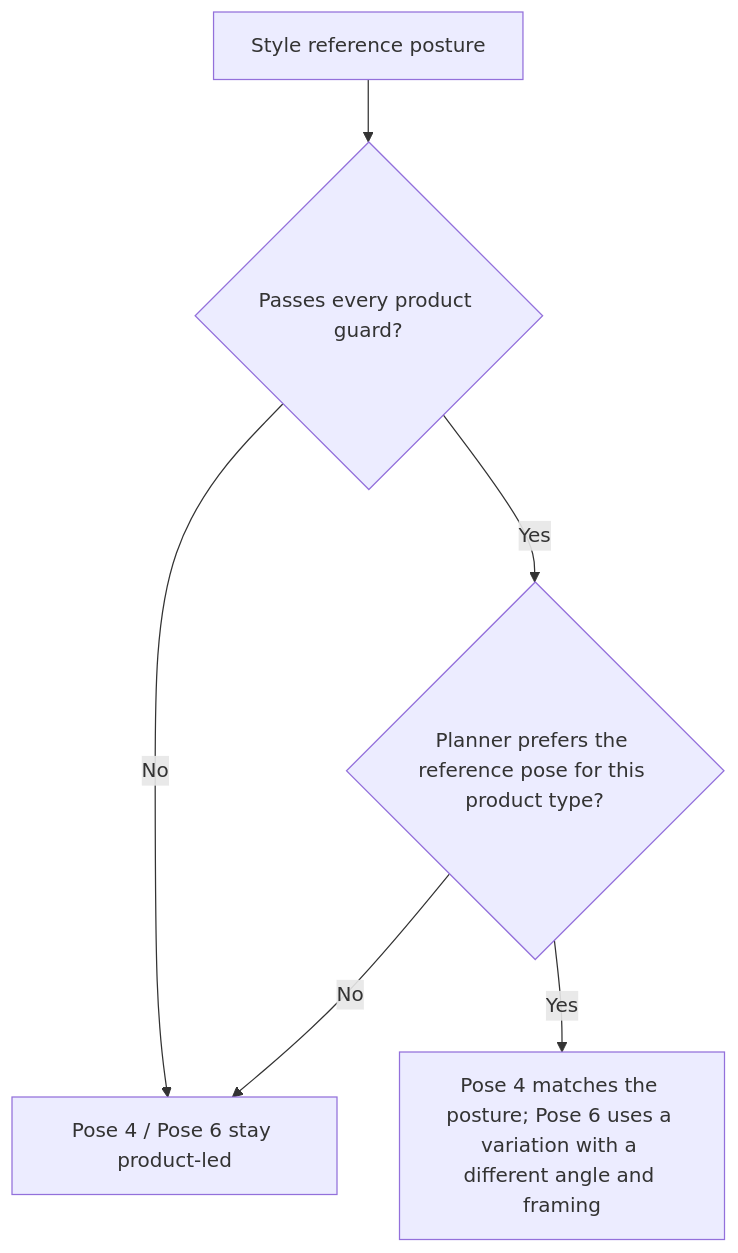
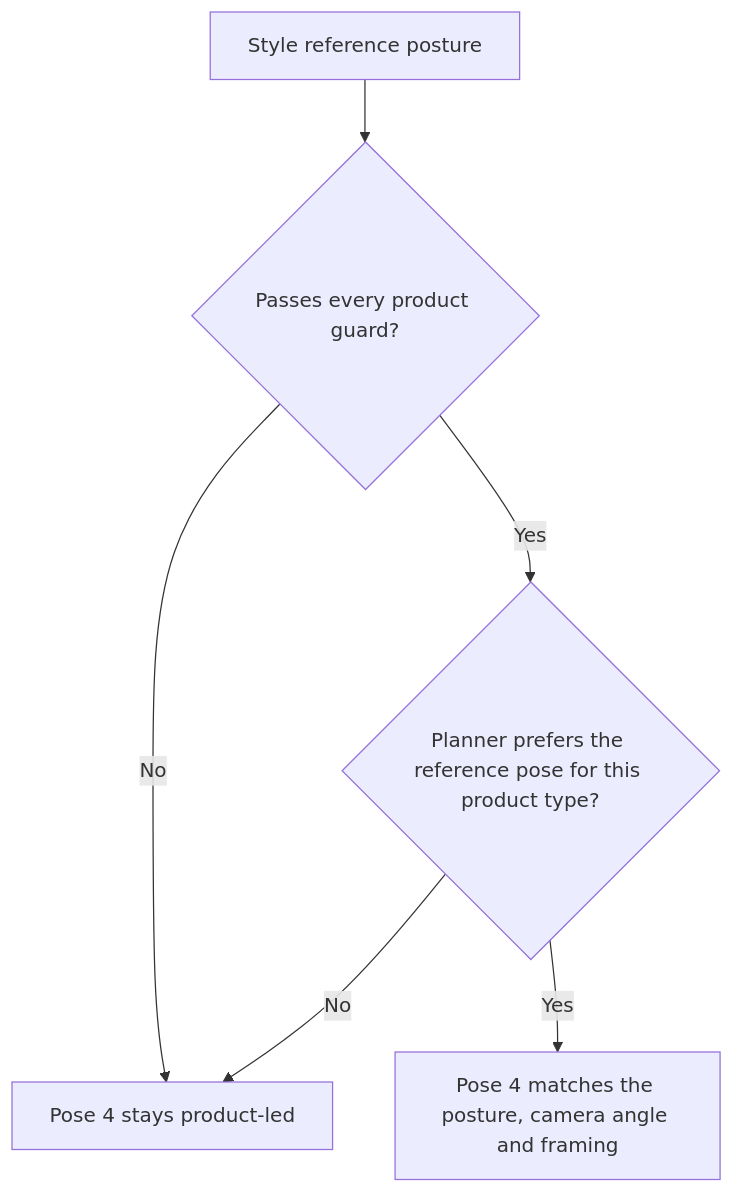
One commit to pawanshukla500/aistudio-youthnic changed the second of 2 diagrams in youthnic-ai-studio-docs/studio/pose-planning.mdx. Above: the diagram before and after it, drawn with Mermaid. The commit also changed other lines of this file and 23 other files, not shown here.

````diff
--- a/youthnic-ai-studio-docs/studio/pose-planning.mdx
+++ b/youthnic-ai-studio-docs/studio/pose-planning.mdx
@@ -129,8 +130,8 @@
 ```mermaid
 flowchart TD
     A[Style reference posture] --> B{Passes every product guard?}
-    B -- No --> P[Pose 4 / Pose 6 stay product-led]
+    B -- No --> P[Pose 4 stays product-led]
     B -- Yes --> C{Planner prefers the reference pose for this product type?}
     C -- No --> P
-    C -- Yes --> M[Pose 4 matches the posture; Pose 6 uses a variation with a different angle and framing]
+    C -- Yes --> M[Pose 4 matches the posture, camera angle and framing]
 ```
````
